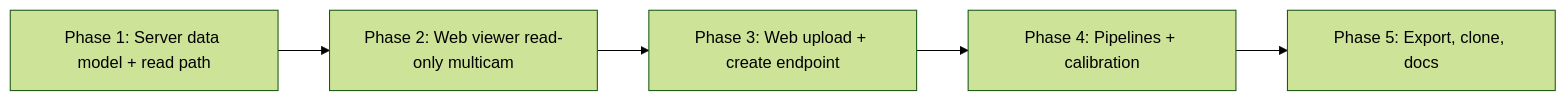
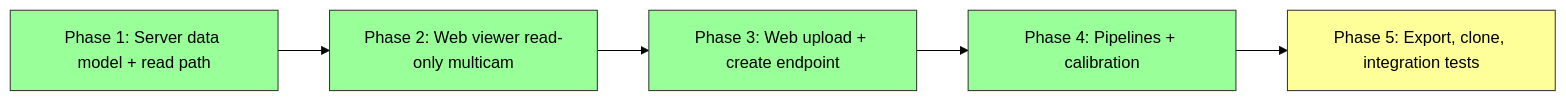
One commit to Kitware/dive changed the third of 3 diagrams in WEB_MULTICAM_PLAN.MD. Above: the diagram before and after it, drawn with Mermaid (forest theme). The commit also changed other lines of this file, not shown here.

````diff
--- a/WEB_MULTICAM_PLAN.MD
+++ b/WEB_MULTICAM_PLAN.MD
@@ -220,9 +191,14 @@
 ```mermaid
 flowchart LR
   P1[Phase 1: Server data model + read path]
   P2[Phase 2: Web viewer read-only multicam]
   P3[Phase 3: Web upload + create endpoint]
   P4[Phase 4: Pipelines + calibration]
-  P5[Phase 5: Export, clone, docs]
+  P5[Phase 5: Export, clone, integration tests]
   P1 --> P2 --> P3 --> P4 --> P5
+  style P1 fill:#9f9,stroke:#333
+  style P2 fill:#9f9,stroke:#333
+  style P3 fill:#9f9,stroke:#333
+  style P4 fill:#9f9,stroke:#333
+  style P5 fill:#ff9,stroke:#333
 ```
````
